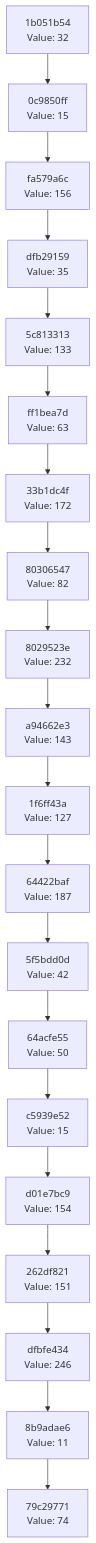
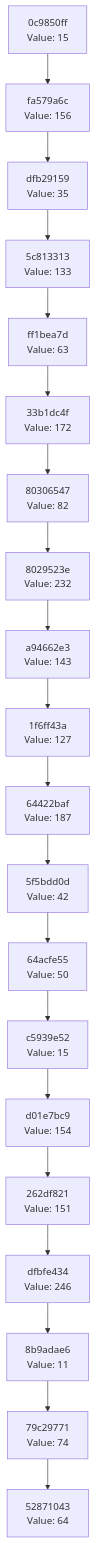
One commit to Abhisheksinha1506/hash-chain-evolver changed the diagram in docs/CHAIN_VISUALIZATION.md. Above: the diagram before and after it, drawn with Mermaid. The commit also changed 2 other files, not shown here.

Commit message:
Evolution Step

````diff
--- a/docs/CHAIN_VISUALIZATION.md
+++ b/docs/CHAIN_VISUALIZATION.md
@@ -3,42 +3,42 @@
 ```mermaid
 graph TD
-    C0["79c29771<br/>Value: 74"]
-    C1["8b9adae6<br/>Value: 11"]
+    C0["52871043<br/>Value: 64"]
+    C1["79c29771<br/>Value: 74"]
     C1 --> C0
-    C2["dfbfe434<br/>Value: 246"]
+    C2["8b9adae6<br/>Value: 11"]
     C2 --> C1
-    C3["262df821<br/>Value: 151"]
+    C3["dfbfe434<br/>Value: 246"]
     C3 --> C2
-    C4["d01e7bc9<br/>Value: 154"]
+    C4["262df821<br/>Value: 151"]
     C4 --> C3
-    C5["c5939e52<br/>Value: 15"]
+    C5["d01e7bc9<br/>Value: 154"]
     C5 --> C4
-    C6["64acfe55<br/>Value: 50"]
+    C6["c5939e52<br/>Value: 15"]
     C6 --> C5
-    C7["5f5bdd0d<br/>Value: 42"]
+    C7["64acfe55<br/>Value: 50"]
     C7 --> C6
-    C8["64422baf<br/>Value: 187"]
+    C8["5f5bdd0d<br/>Value: 42"]
     C8 --> C7
-    C9["1f6ff43a<br/>Value: 127"]
+    C9["64422baf<br/>Value: 187"]
     C9 --> C8
-    C10["a94662e3<br/>Value: 143"]
+    C10["1f6ff43a<br/>Value: 127"]
     C10 --> C9
-    C11["8029523e<br/>Value: 232"]
+    C11["a94662e3<br/>Value: 143"]
     C11 --> C10
-    C12["80306547<br/>Value: 82"]
+    C12["8029523e<br/>Value: 232"]
     C12 --> C11
-    C13["33b1dc4f<br/>Value: 172"]
+    C13["80306547<br/>Value: 82"]
     C13 --> C12
-    C14["ff1bea7d<br/>Value: 63"]
+    C14["33b1dc4f<br/>Value: 172"]
     C14 --> C13
-    C15["5c813313<br/>Value: 133"]
+    C15["ff1bea7d<br/>Value: 63"]
     C15 --> C14
-    C16["dfb29159<br/>Value: 35"]
+    C16["5c813313<br/>Value: 133"]
     C16 --> C15
-    C17["fa579a6c<br/>Value: 156"]
+    C17["dfb29159<br/>Value: 35"]
     C17 --> C16
-    C18["0c9850ff<br/>Value: 15"]
+    C18["fa579a6c<br/>Value: 156"]
     C18 --> C17
-    C19["1b051b54<br/>Value: 32"]
+    C19["0c9850ff<br/>Value: 15"]
     C19 --> C18
 ```
````
